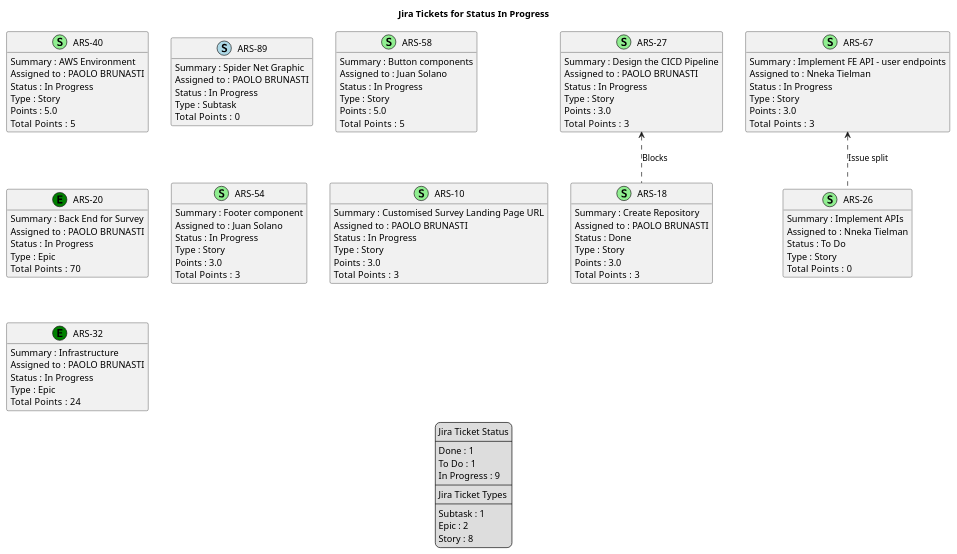
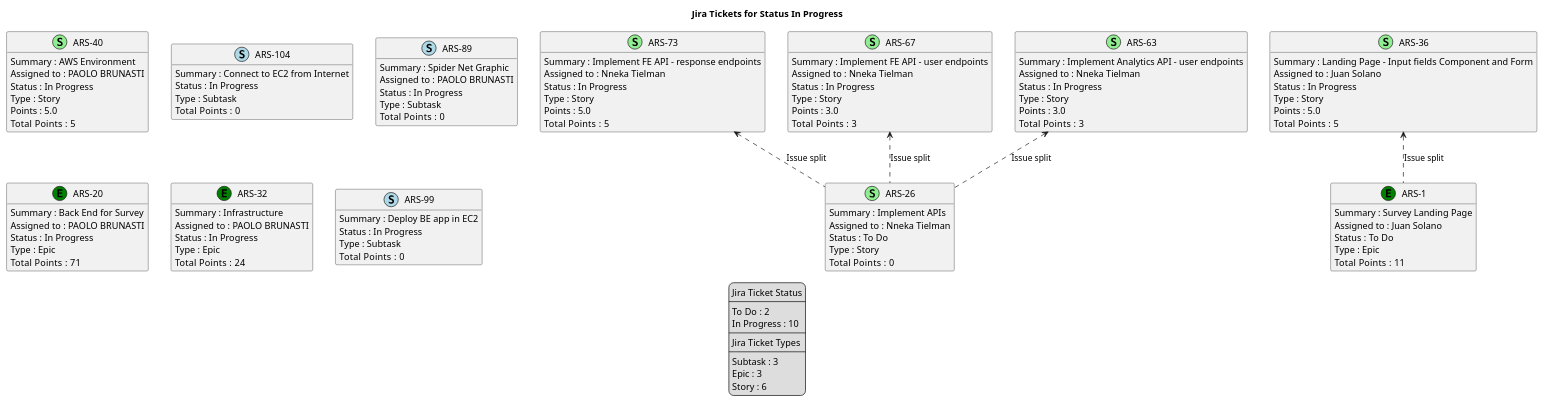
Before and after one commit to brunasti/jiraplotter: the diagram in docs/nexus/jira-Status-In_Progress.puml, drawn with PlantUML. The commit also changed 18 other files, not shown here.

Commit message:
Regenerates Nexus diagrams

```diff
--- a/docs/nexus/jira-Status-In_Progress.puml
+++ b/docs/nexus/jira-Status-In_Progress.puml
@@ -1,128 +1,133 @@
 @startuml
 'https://plantuml.com/class-diagram
 
 ' GENERATE CLASS DIAGRAM ===========
-' Generated at    : Tue May 21 11:41:23 CEST 2024
+' Generated at    : Thu May 23 13:36:26 CEST 2024
 
 title Jira Tickets for Status In Progress
 hide empty members
 
 legend
 Jira Ticket Status
 ----
-Done : 1
-To Do : 1
-In Progress : 9
+To Do : 2
+In Progress : 10
 ----
 Jira Ticket Types
 ----
-Subtask : 1
-Epic : 2
-Story : 8
+Subtask : 3
+Epic : 3
+Story : 6
 end legend
 
 
 ' Tickets =======
 class "ARS-40" << (S,lightgreen) >> {
  Summary : AWS Environment
  Assigned to : PAOLO BRUNASTI
  Status : In Progress
  Type : Story
  Points : 5.0
 Total  Points : 5
 }
 
-class "ARS-27" << (S,lightgreen) >> {
- Summary : Design the CICD Pipeline
- Assigned to : PAOLO BRUNASTI
+class "ARS-73" << (S,lightgreen) >> {
+ Summary : Implement FE API - response endpoints
+ Assigned to : Nneka Tielman
  Status : In Progress
  Type : Story
- Points : 3.0
-Total  Points : 3
+ Points : 5.0
+Total  Points : 5
 }
 
-class "ARS-18" << (S,lightgreen) >> {
- Summary : Create Repository
- Assigned to : PAOLO BRUNASTI
- Status : Done
- Type : Story
- Points : 3.0
-Total  Points : 3
+class "ARS-104" << (S,lightblue) >> {
+ Summary : Connect to EC2 from Internet
+ Status : In Progress
+ Type : Subtask
+Total  Points : 0
 }
 
 class "ARS-67" << (S,lightgreen) >> {
  Summary : Implement FE API - user endpoints
  Assigned to : Nneka Tielman
  Status : In Progress
  Type : Story
  Points : 3.0
 Total  Points : 3
 }
 
 class "ARS-89" << (S,lightblue) >> {
  Summary : Spider Net Graphic
  Assigned to : PAOLO BRUNASTI
  Status : In Progress
  Type : Subtask
 Total  Points : 0
 }
 
-class "ARS-58" << (S,lightgreen) >> {
- Summary : Button components
+class "ARS-36" << (S,lightgreen) >> {
+ Summary : Landing Page - Input fields Component and Form
  Assigned to : Juan Solano
  Status : In Progress
  Type : Story
  Points : 5.0
 Total  Points : 5
 }
 
 class "ARS-26" << (S,lightgreen) >> {
  Summary : Implement APIs
  Assigned to : Nneka Tielman
  Status : To Do
  Type : Story
 Total  Points : 0
 }
 
-class "ARS-20" << (E,green) >> {
- Summary : Back End for Survey
- Assigned to : PAOLO BRUNASTI
- Status : In Progress
+class "ARS-1" << (E,green) >> {
+ Summary : Survey Landing Page
+ Assigned to : Juan Solano
+ Status : To Do
  Type : Epic
-Total  Points : 70
+Total  Points : 11
 }
 
-class "ARS-54" << (S,lightgreen) >> {
- Summary : Footer component
- Assigned to : Juan Solano
+class "ARS-63" << (S,lightgreen) >> {
+ Summary : Implement Analytics API - user endpoints
+ Assigned to : Nneka Tielman
  Status : In Progress
  Type : Story
  Points : 3.0
 Total  Points : 3
 }
 
-class "ARS-10" << (S,lightgreen) >> {
- Summary : Customised Survey Landing Page URL
+class "ARS-20" << (E,green) >> {
+ Summary : Back End for Survey
  Assigned to : PAOLO BRUNASTI
  Status : In Progress
- Type : Story
- Points : 3.0
-Total  Points : 3
+ Type : Epic
+Total  Points : 71
 }
 
 class "ARS-32" << (E,green) >> {
  Summary : Infrastructure
  Assigned to : PAOLO BRUNASTI
  Status : In Progress
  Type : Epic
 Total  Points : 24
 }
 
+class "ARS-99" << (S,lightblue) >> {
+ Summary : Deploy BE app in EC2
+ Status : In Progress
+ Type : Subtask
+Total  Points : 0
+}
+
 
 
 ' Links =======
-"ARS-27" <.. "ARS-18" : Blocks
+"ARS-36" <.. "ARS-1" : Issue split
 "ARS-67" <.. "ARS-26" : Issue split
+"ARS-63" <.. "ARS-26" : Issue split
+"ARS-73" <.. "ARS-26" : Issue split
 
 
 @enduml
```
